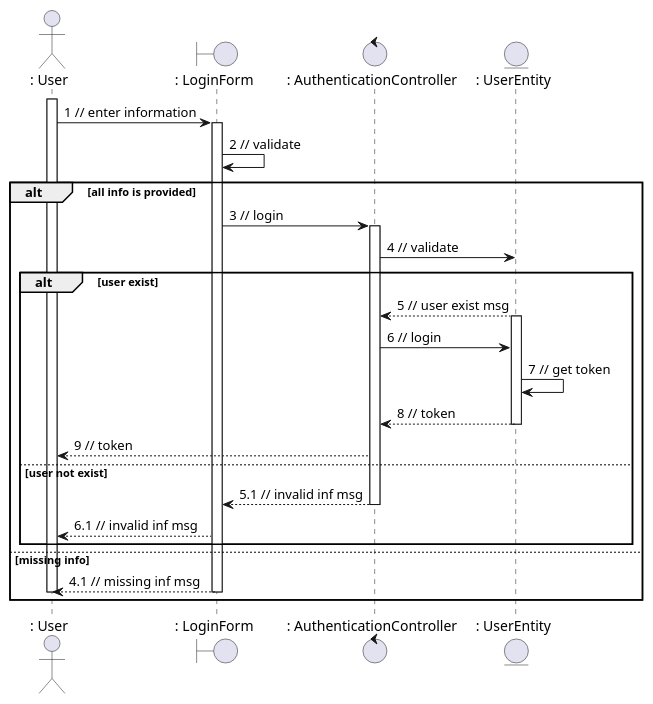
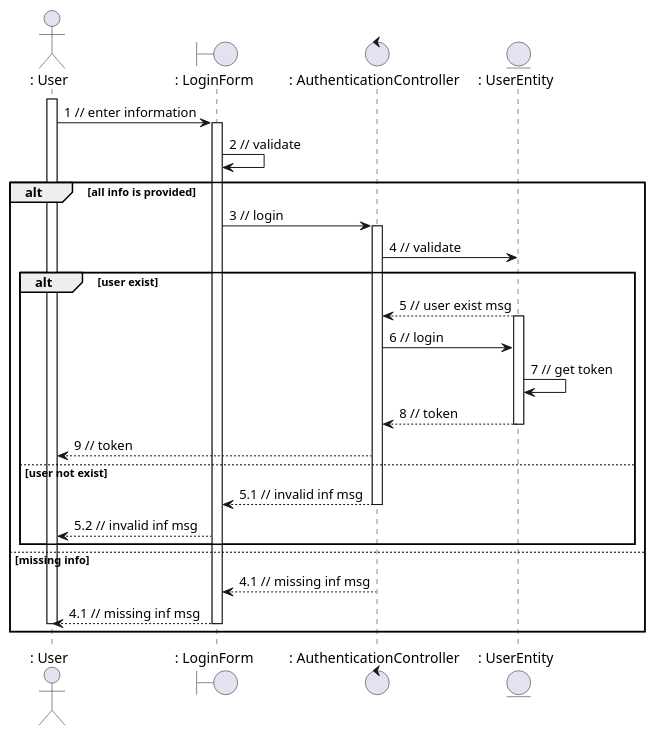
Before and after one commit to anonyhostvn/OOAD-Diagram: the diagram in sequence - analysis/authentication/login.plantuml, drawn with PlantUML. The commit also changed 10 other files, not shown here.

Commit message:
sua loi sequence diagram

```diff
--- a/sequence - analysis/authentication/login.plantuml
+++ b/sequence - analysis/authentication/login.plantuml
@@ -1,41 +1,44 @@
 @startuml
 actor ": User"
 boundary ": LoginForm"
 control ": AuthenticationController"
 entity ": UserEntity"
 activate ": User"
 ": User" -> ": LoginForm" : 1 // enter information
 activate ": LoginForm"
 ": LoginForm" -> ": LoginForm" : 2 // validate
 alt all info is provided
 
 ": LoginForm" -> ": AuthenticationController" : 3 // login
 activate ": AuthenticationController"
 ": AuthenticationController" -> ": UserEntity" : 4 // validate
 
 alt user exist
 
 ": UserEntity" --> ": AuthenticationController" : 5 // user exist msg
 activate ": UserEntity"
 ": AuthenticationController" -> ": UserEntity" : 6 // login
 
 ": UserEntity" -> ": UserEntity" : 7 // get token
 ": UserEntity" --> ": AuthenticationController" : 8 // token
 deactivate ": UserEntity"
 ": AuthenticationController" --> ": User" : 9 // token
 
 else user not exist
 
 ": AuthenticationController" --> ": LoginForm" : 5.1 // invalid inf msg
 deactivate ": AuthenticationController"
-": LoginForm" --> ": User" : 6.1 // invalid inf msg
+": LoginForm" --> ": User" : 5.2 // invalid inf msg
 
 end
 
 else missing info
 
+": AuthenticationController" --> ": LoginForm" : 4.1 // missing inf msg
+
+deactivate ": AuthenticationController"
 ": LoginForm" --> ": User" : 4.1 // missing inf msg
 deactivate ": LoginForm"
 deactivate ": User"
 end
 @enduml
```
